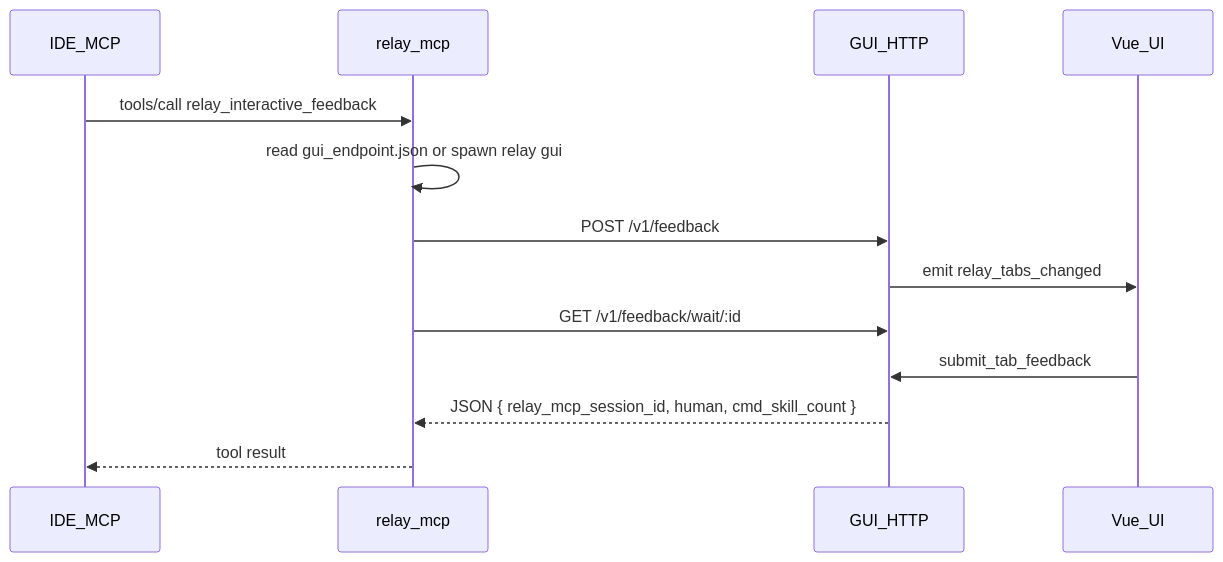
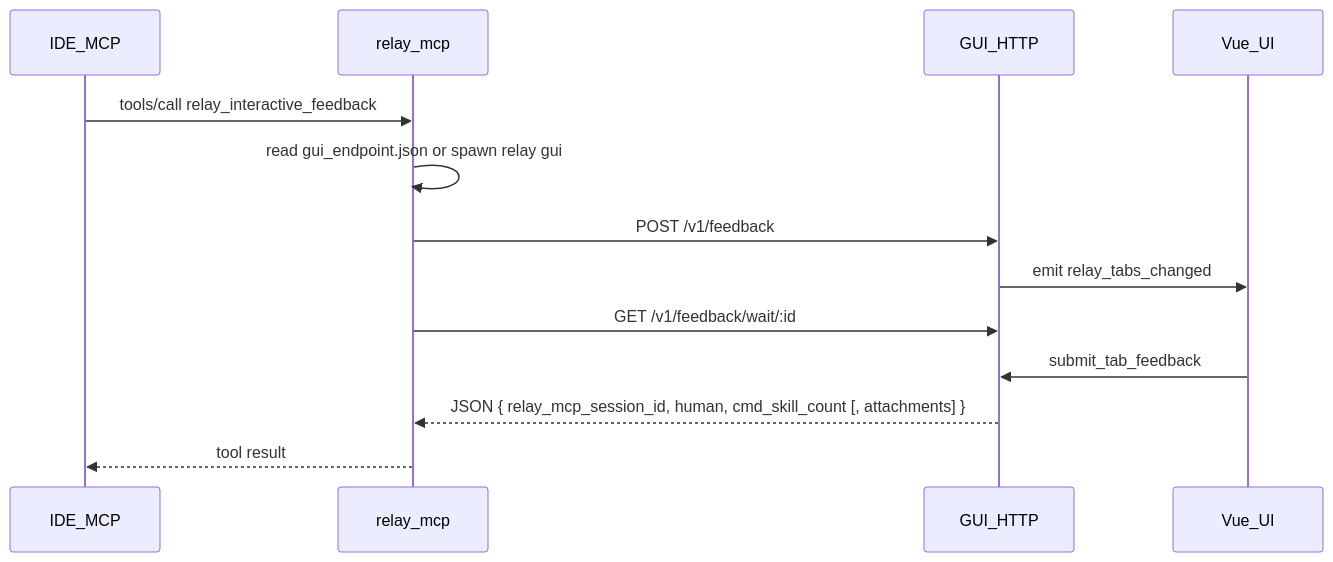
The diagram in docs/HTTP_IPC.md (andeya/ide-relay-mcp), drawn with Mermaid before and after one commit. The commit also changed other lines of this file, not shown here.

First line of the commit message:
docs(http-ipc): wait JSON attachments; qa_archive line shape

````diff
--- a/docs/HTTP_IPC.md
+++ b/docs/HTTP_IPC.md
@@ -5,16 +5,16 @@
 ```mermaid
 sequenceDiagram
     participant IDE as IDE_MCP
     participant Mcp as relay_mcp
     participant Http as GUI_HTTP
     participant UI as Vue_UI
 
     IDE->>Mcp: tools/call relay_interactive_feedback
     Mcp->>Mcp: read gui_endpoint.json or spawn relay gui
     Mcp->>Http: POST /v1/feedback
     Http->>UI: emit relay_tabs_changed
     Mcp->>Http: GET /v1/feedback/wait/:id
     UI->>Http: submit_tab_feedback
-    Http-->>Mcp: JSON { relay_mcp_session_id, human, cmd_skill_count }
+    Http-->>Mcp: JSON { relay_mcp_session_id, human, cmd_skill_count [, attachments] }
     Mcp-->>IDE: tool result
 ```
````
